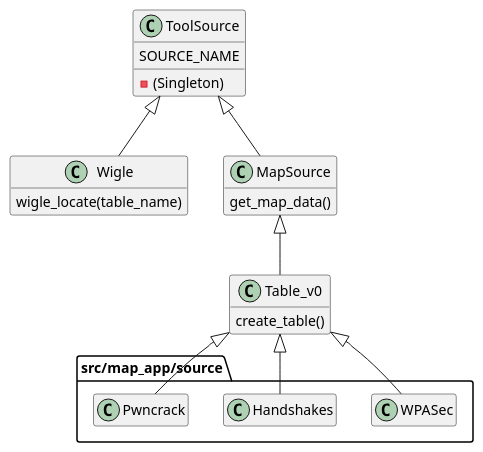
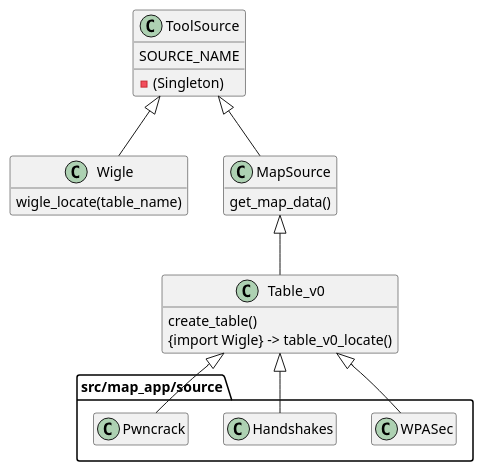
The diagram in doc/class_base.puml (Omelug/wifi_pass_map), drawn with PlantUML before and after one commit. The commit also changed 8 other files, not shown here.

```diff
--- a/doc/class_base.puml
+++ b/doc/class_base.puml
@@ -1,31 +1,32 @@
 @startuml
 hide empty members
 class Table_v0{
     create_table()
+    {import Wigle} -> table_v0_locate()
 }
 
 class ToolSource{
     - (Singleton)
     SOURCE_NAME
 }
 
 class Wigle{
    wigle_locate(table_name)
 }
 
 class MapSource {
     get_map_data()
 }
 
 ToolSource <|-- MapSource
 ToolSource <|-- Wigle
 
 package "src/map_app/source" {
     Table_v0 <|-- WPASec
     Table_v0 <|-- Handshakes
     Table_v0 <|-- Pwncrack
 }
 
 MapSource <|-- Table_v0
 
 @enduml
```
